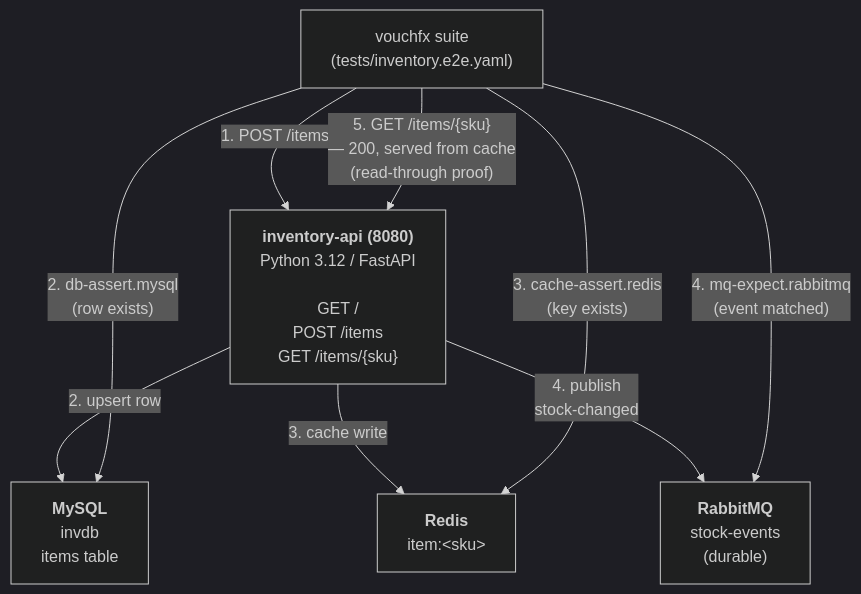
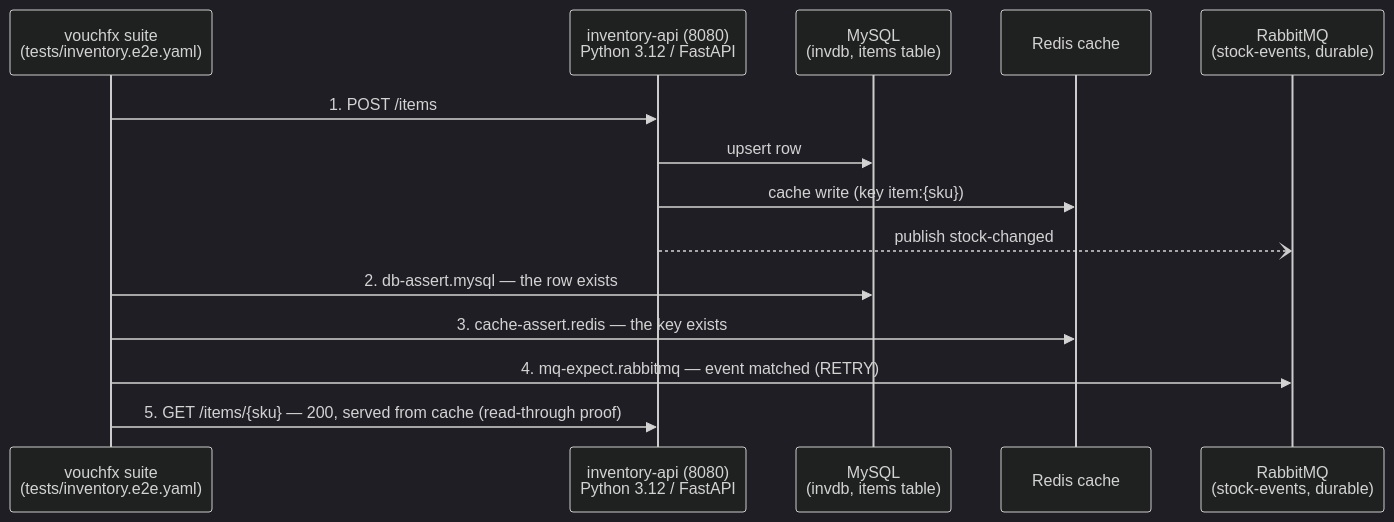
One commit to tomas-rampas/vouchfx-samples changed the diagram in samples/inventory-python/README.md. Above: the diagram before and after it, drawn with Mermaid (dark theme). The commit also changed 3 other files, not shown here.

First line of the commit message:
docs: architecture diagrams become sequence diagrams (#14)

````diff
--- a/samples/inventory-python/README.md
+++ b/samples/inventory-python/README.md
@@ -27,18 +27,16 @@
 ```mermaid
-flowchart TB
-    Suite["vouchfx suite<br/>(tests/inventory.e2e.yaml)"]
-    API["<b>inventory-api (8080)</b><br/>Python 3.12 / FastAPI<br/><br/>GET /<br/>POST /items<br/>GET /items/{sku}"]
-    
-    Suite -->|"1. POST /items"| API
-    
-    API -->|"2. upsert row"| MySQL["<b>MySQL</b><br/>invdb<br/>items table"]
-    Suite -->|"2. db-assert.mysql<br/>(row exists)"| MySQL
-    
-    API -->|"3. cache write"| Redis["<b>Redis</b><br/>item:&lt;sku&gt;"]
-    Suite -->|"3. cache-assert.redis<br/>(key exists)"| Redis
-    
-    API -->|"4. publish<br/>stock-changed"| RabbitMQ["<b>RabbitMQ</b><br/>stock-events<br/>(durable)"]
-    Suite -->|"4. mq-expect.rabbitmq<br/>(event matched)"| RabbitMQ
-    
-    Suite -->|"5. GET /items/{sku}<br/>— 200, served from cache<br/>(read-through proof)"| API
+sequenceDiagram
+    participant Suite as vouchfx suite<br/>(tests/inventory.e2e.yaml)
+    participant API as inventory-api (8080)<br/>Python 3.12 / FastAPI
+    participant MySQL as MySQL<br/>(invdb, items table)
+    participant Redis as Redis cache
+    participant MQ as RabbitMQ<br/>(stock-events, durable)
+    Suite->>API: 1. POST /items
+    API->>MySQL: upsert row
+    API->>Redis: cache write (key item:{sku})
+    API--)MQ: publish stock-changed
+    Suite->>MySQL: 2. db-assert.mysql — the row exists
+    Suite->>Redis: 3. cache-assert.redis — the key exists
+    Suite->>MQ: 4. mq-expect.rabbitmq — event matched (RETRY)
+    Suite->>API: 5. GET /items/{sku} — 200, served from cache (read-through proof)
 ```
````
